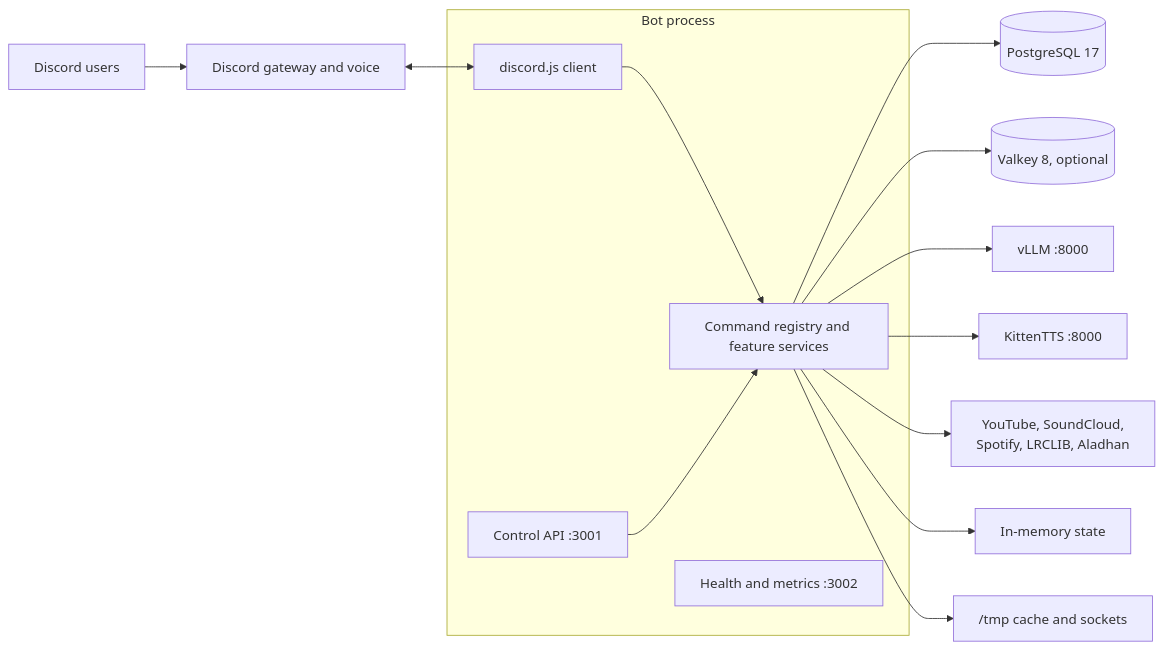
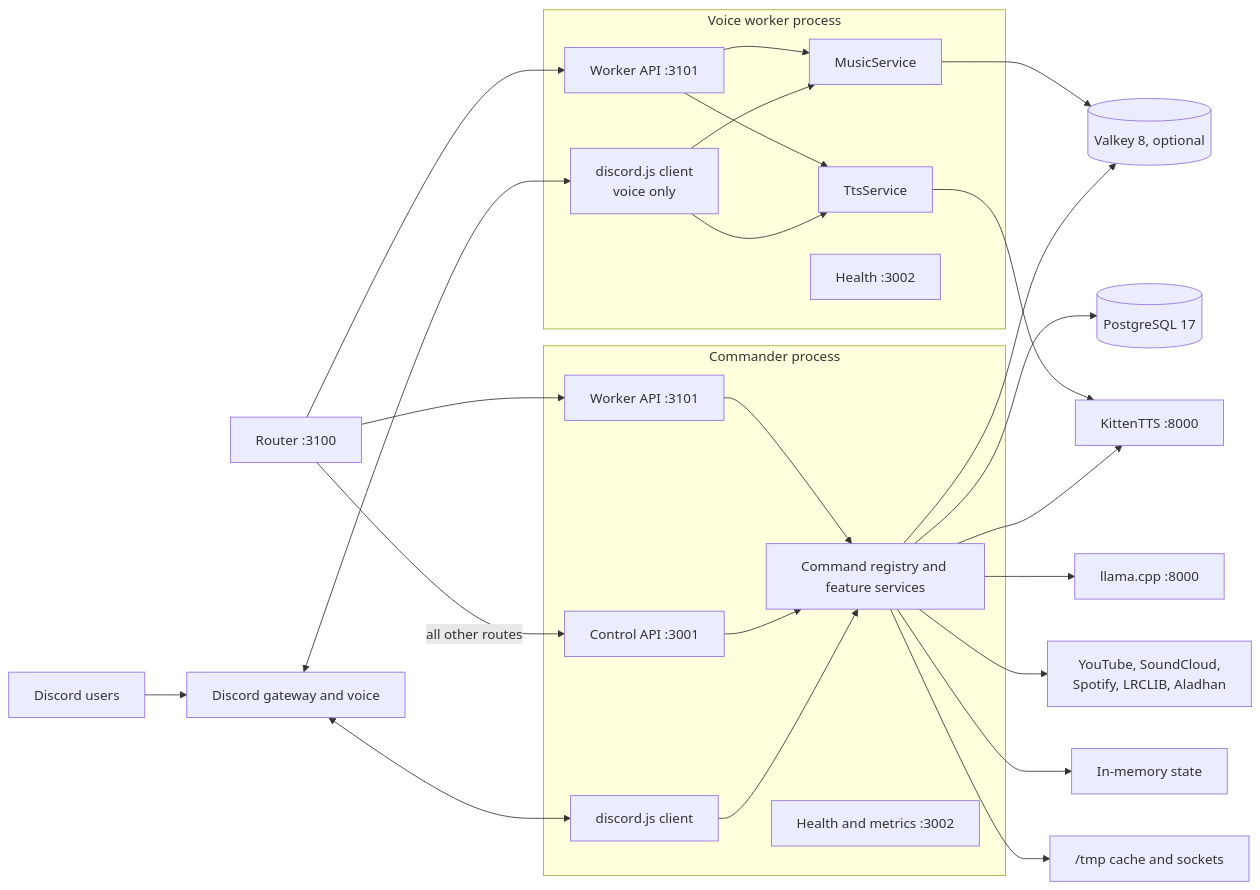
One commit to DeathSurfing/siela-bot changed the first of 5 diagrams in docs/ARCHITECTURE.md. Above: the diagram before and after it, drawn with Mermaid. The commit also changed other lines of this file and 7 other files, not shown here.

First line of the commit message:
docs: fleet-aware Mermaid diagrams (#32)

````diff
--- a/docs/ARCHITECTURE.md
+++ b/docs/ARCHITECTURE.md
@@ -11,22 +11,44 @@
 ```mermaid
 flowchart LR
-  U[Discord users] --> DG[Discord gateway and voice]
-
-  subgraph BP[Bot process]
+  subgraph BP[Commander process]
     BOT[discord.js client]
     REG[Command registry and feature services]
     API[Control API :3001]
+    WORKER[Worker API :3101]
     HEALTH[Health and metrics :3002]
     BOT --> REG
     API --> REG
+    WORKER --> REG
   end
 
+  subgraph WP[Voice worker process]
+    WBOT[discord.js client<br/>voice only]
+    WMUSIC[MusicService]
+    WTTS[TtsService]
+    WWORKER[Worker API :3101]
+    WHEALTH[Health :3002]
+    WBOT --> WMUSIC
+    WBOT --> WTTS
+    WWORKER --> WMUSIC
+    WWORKER --> WTTS
+  end
+
+  U[Discord users] --> DG[Discord gateway and voice]
   DG <--> BOT
+  DG <--> WBOT
+
+  R[Router :3100] --> WORKER
+  R --> WWORKER
+  R -->|all other routes| API
+
   REG --> PG[(PostgreSQL 17)]
   REG --> VK[(Valkey 8, optional)]
-  REG --> LLM[vLLM :8000]
+  REG --> LLM[llama.cpp :8000]
   REG --> TTS[KittenTTS :8000]
   REG --> EXT[YouTube, SoundCloud,<br/>Spotify, LRCLIB, Aladhan]
   REG --> MEM[In-memory state]
   REG --> TMP["/tmp cache and sockets"]
+
+  WMUSIC --> VK
+  WTTS --> TTS
 ```
````
